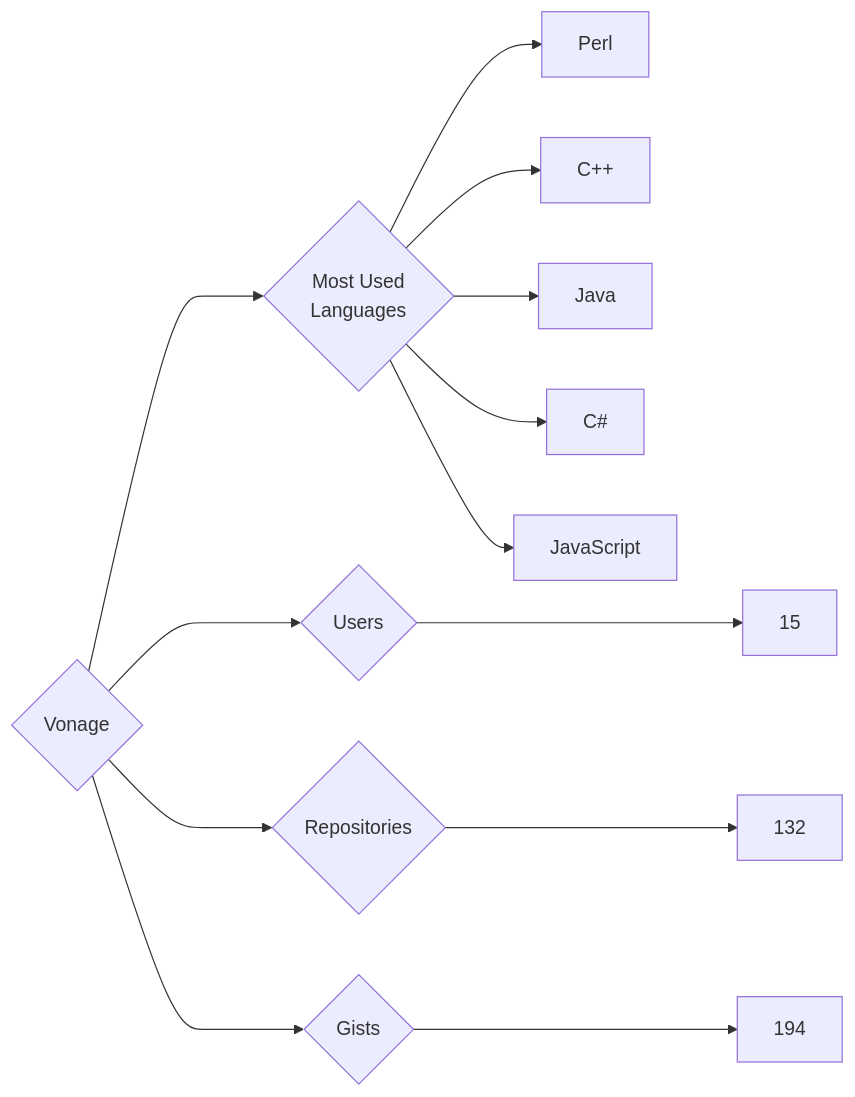
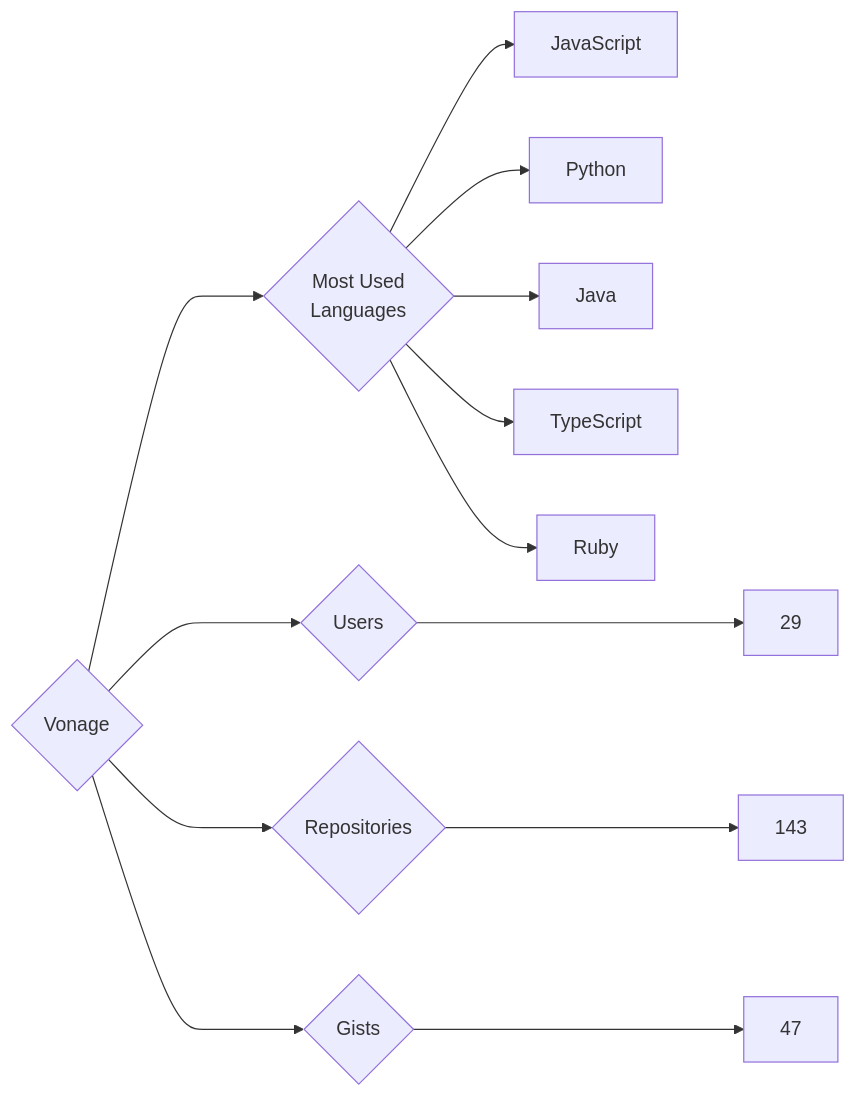
One commit to trickest/insiders changed the diagram in targets/Vonage/README.md. Above: the diagram before and after it, drawn with Mermaid. The commit also changed 870 other files, not shown here.

````diff
--- a/targets/Vonage/README.md
+++ b/targets/Vonage/README.md
@@ -3,13 +3,13 @@
 ```mermaid
 graph LR
 COMPANY_NAME{Vonage}
-COMPANY_NAME ---> U{Users} ---> UN[15]
-COMPANY_NAME ---> R{Repositories} ---> RN[132]
-COMPANY_NAME ---> G{Gists} ---> GN[194]
+COMPANY_NAME ---> U{Users} ---> UN[29]
+COMPANY_NAME ---> R{Repositories} ---> RN[143]
+COMPANY_NAME ---> G{Gists} ---> GN[47]
 COMPANY_NAME ---> ML{Most Used<br>Languages}
-ML --> Perl[Perl]
-ML --> C++[C++]
+ML --> JavaScript[JavaScript]
+ML --> Python[Python]
 ML --> Java[Java]
-ML --> C#[C#]
-ML --> JavaScript[JavaScript]
+ML --> TypeScript[TypeScript]
+ML --> Ruby[Ruby]
 ```
````
